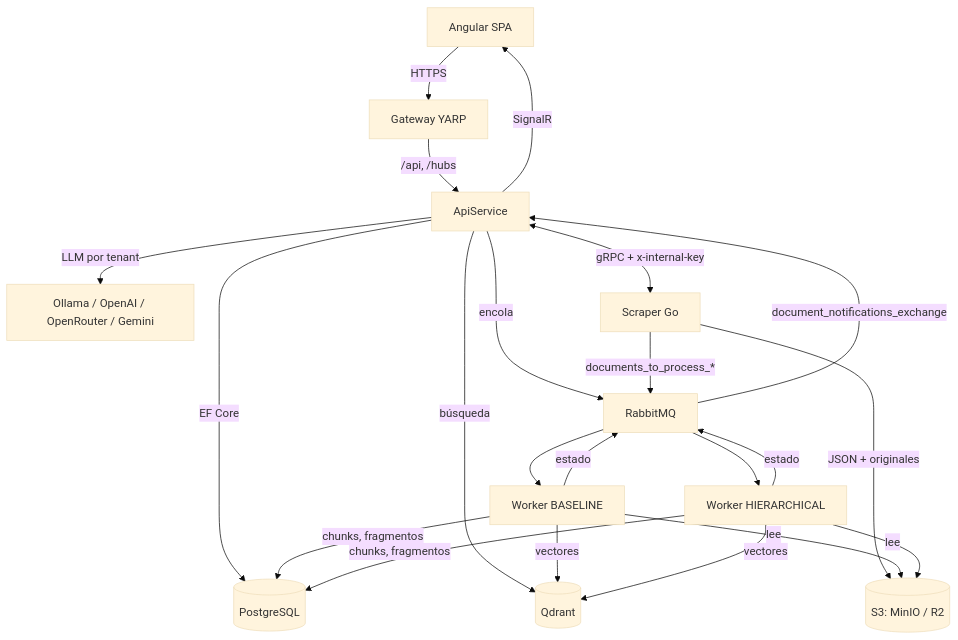
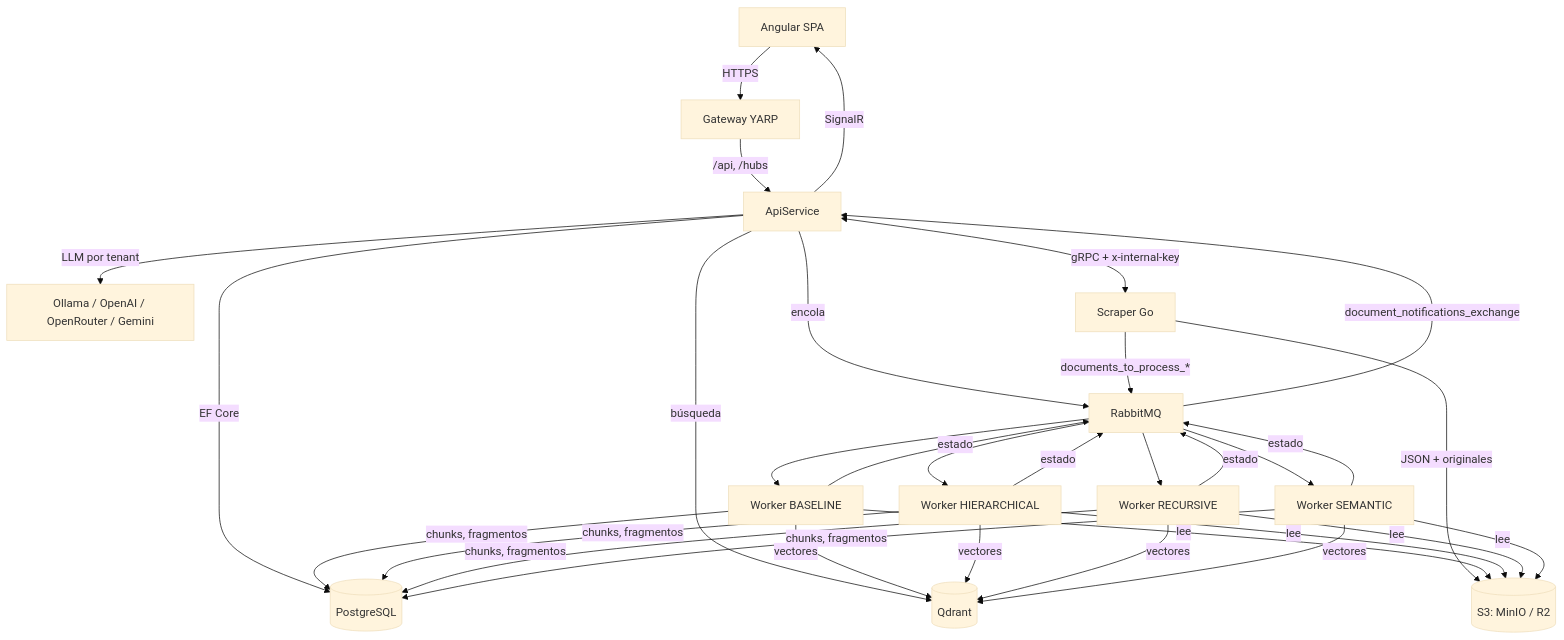
Before and after one commit to TempooDev/asistente-ayuntamiento: the diagram in docs/architecture.md, drawn with Mermaid (base theme). The commit also changed other lines of this file and 39 other files, not shown here.

````diff
--- a/docs/architecture.md
+++ b/docs/architecture.md
@@ -5,20 +5,22 @@
 ```mermaid
 graph TD
     SPA[Angular SPA] -->|HTTPS| GW[Gateway YARP]
     GW -->|/api, /hubs| API[ApiService]
     API -->|EF Core| PG[(PostgreSQL)]
     API -->|búsqueda| QD[(Qdrant)]
     API -->|LLM por tenant| LLM[Ollama / OpenAI / OpenRouter / Gemini]
     API -->|encola| MQ[RabbitMQ]
     API <-->|gRPC + x-internal-key| GO[Scraper Go]
     GO -->|JSON + originales| S3[(S3: MinIO / R2)]
     GO -->|documents_to_process_*| MQ
     MQ --> WB[Worker BASELINE]
     MQ --> WH[Worker HIERARCHICAL]
-    WB & WH -->|lee| S3
-    WB & WH -->|chunks, fragmentos| PG
-    WB & WH -->|vectores| QD
-    WB & WH -->|estado| MQ
+    MQ --> WR[Worker RECURSIVE]
+    MQ --> WS[Worker SEMANTIC]
+    WB & WH & WR & WS -->|lee| S3
+    WB & WH & WR & WS -->|chunks, fragmentos| PG
+    WB & WH & WR & WS -->|vectores| QD
+    WB & WH & WR & WS -->|estado| MQ
     MQ -->|document_notifications_exchange| API
     API -->|SignalR| SPA
 ```
````
